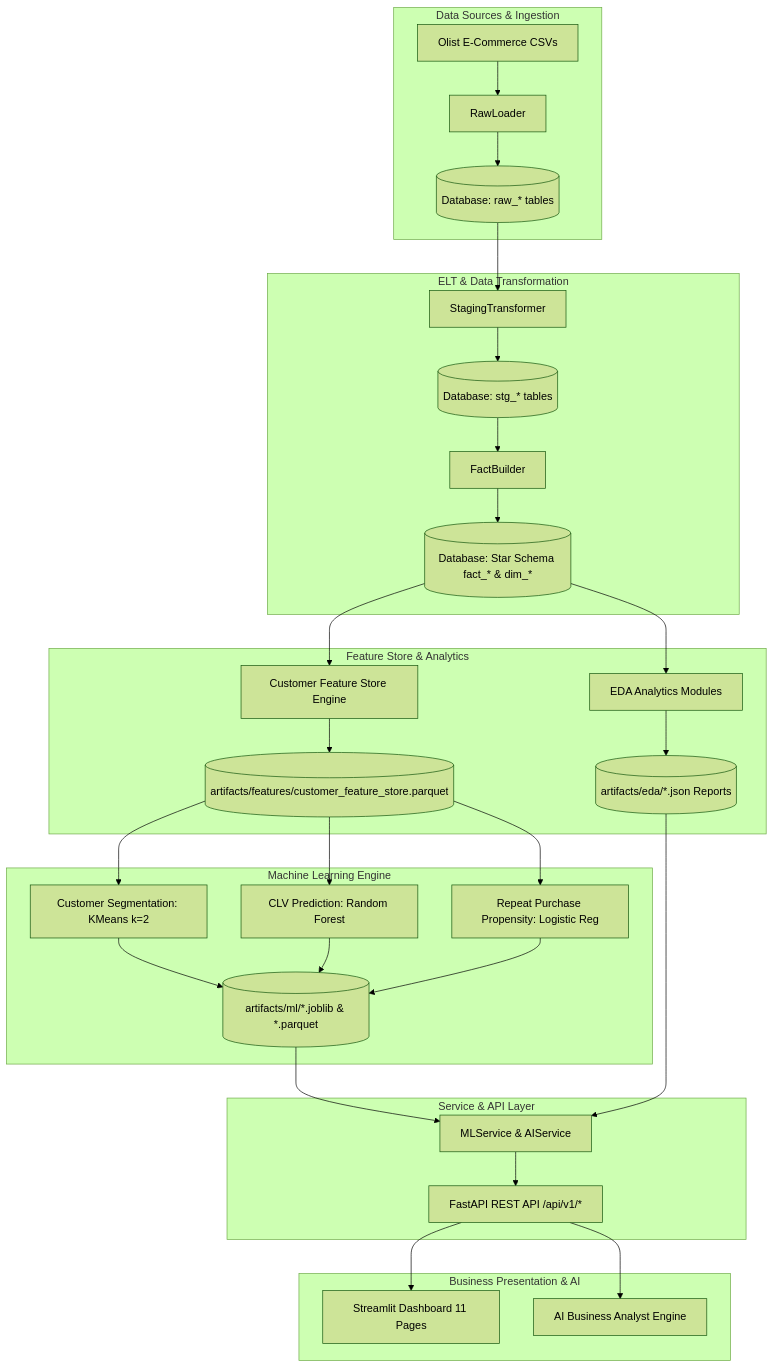
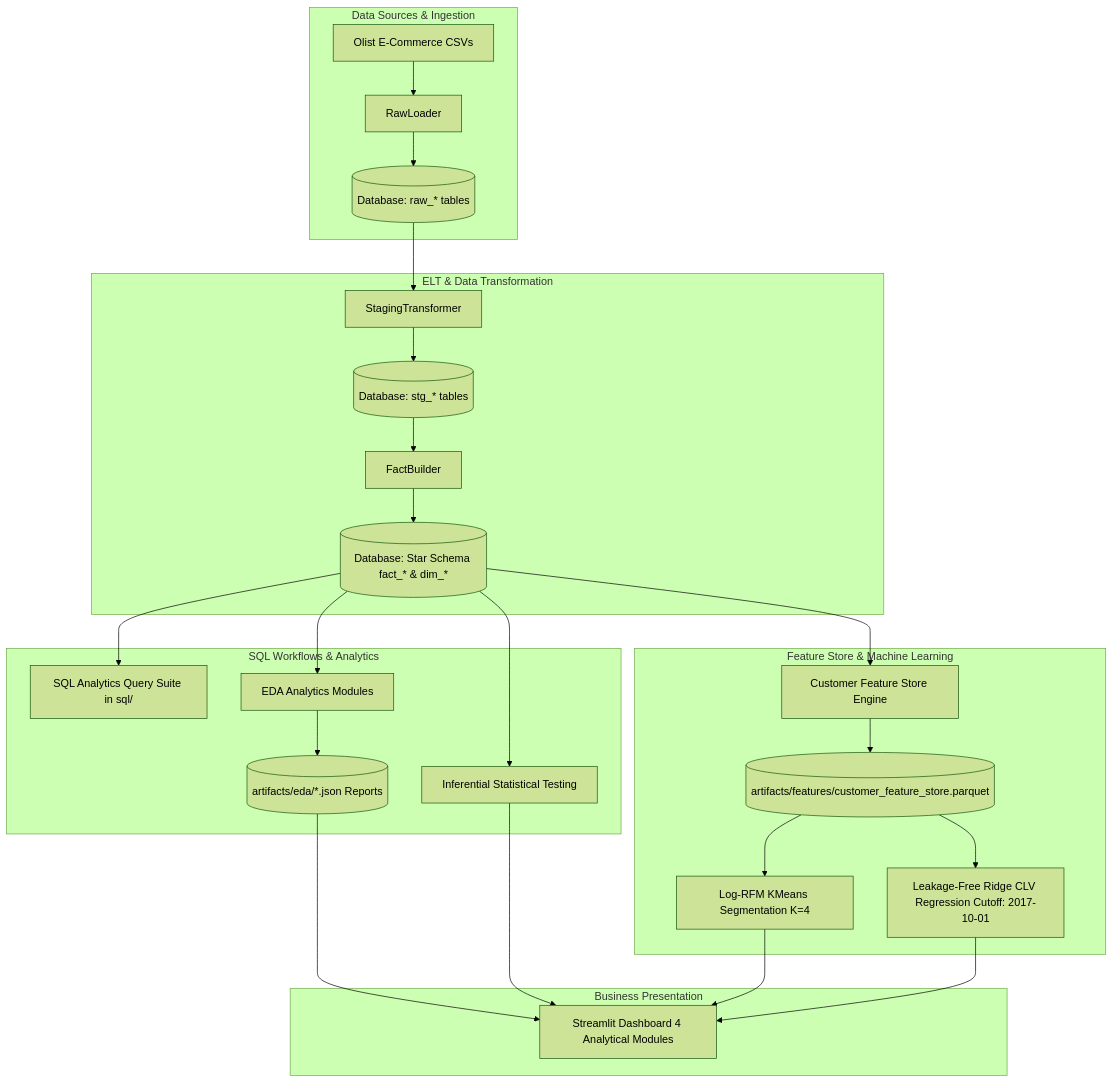
Before and after one commit to Vankudoth-Saipriya/customer-intelligence-platform: the diagram in docs/final_project_walkthrough.md, drawn with Mermaid (forest theme). The commit also changed other lines of this file and 65 other files, not shown here.

````diff
--- a/docs/final_project_walkthrough.md
+++ b/docs/final_project_walkthrough.md
@@ -11,41 +11,35 @@
 ```mermaid
 flowchart TD
     subgraph Data Sources & Ingestion
         A[Olist E-Commerce CSVs] --> B[RawLoader]
         B --> C[(Database: raw_* tables)]
     end
 
     subgraph ELT & Data Transformation
         C --> D[StagingTransformer]
         D --> E[(Database: stg_* tables)]
         E --> F[FactBuilder]
         F --> G[(Database: Star Schema fact_* & dim_*)]
     end
 
-    subgraph Feature Store & Analytics
-        G --> H[Customer Feature Store Engine]
-        H --> I[(artifacts/features/customer_feature_store.parquet)]
-        G --> J[EDA Analytics Modules]
-        J --> K[(artifacts/eda/*.json Reports)]
+    subgraph SQL Workflows & Analytics
+        G --> H[SQL Analytics Query Suite in sql/]
+        G --> I[EDA Analytics Modules]
+        I --> J[(artifacts/eda/*.json Reports)]
+        G --> K[Inferential Statistical Testing]
     end
 
-    subgraph Machine Learning Engine
-        I --> L[Customer Segmentation: KMeans k=2]
-        I --> M[CLV Prediction: Random Forest]
-        I --> N[Repeat Purchase Propensity: Logistic Reg]
-        L --> O[(artifacts/ml/*.joblib & *.parquet)]
-        M --> O
-        N --> O
+    subgraph Feature Store & Machine Learning
+        G --> L[Customer Feature Store Engine]
+        L --> M[(artifacts/features/customer_feature_store.parquet)]
+        M --> N[Log-RFM KMeans Segmentation K=4]
+        M --> O[Leakage-Free Ridge CLV Regression Cutoff: 2017-10-01]
     end
 
-    subgraph Service & API Layer
-        O --> P[MLService & AIService]
+    subgraph Business Presentation
+        J --> P[Streamlit Dashboard 4 Analytical Modules]
         K --> P
-        P --> Q[FastAPI REST API /api/v1/*]
-    end
-
-    subgraph Business Presentation & AI
-        Q --> R[Streamlit Dashboard 11 Pages]
-        Q --> S[AI Business Analyst Engine]
+        N --> P
+        O --> P
     end
 ```
````
